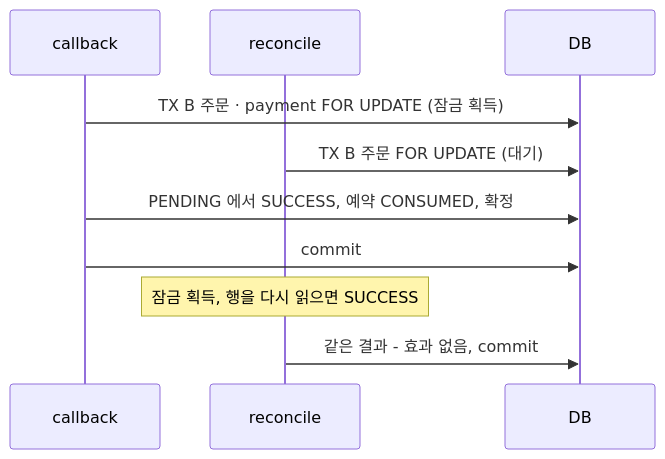
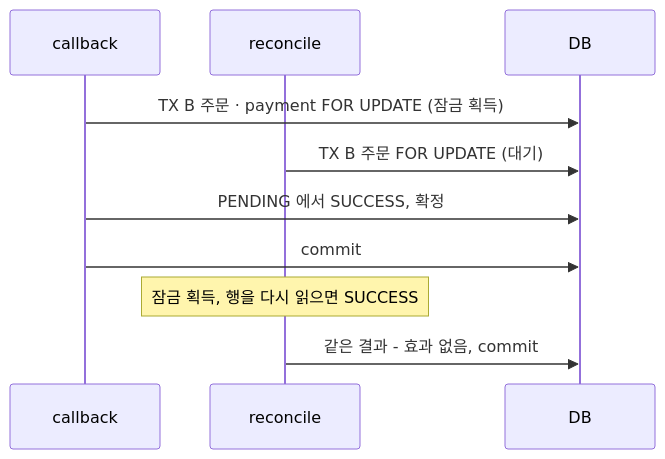
Before and after one commit to loopers-labs/loop-pack-be-l2-vol5-java: the sixth of 8 diagrams in docs/week5/design.md, drawn with Mermaid. The commit also changed other lines of this file and 1 other file, not shown here.

````diff
--- a/docs/week5/design.md
+++ b/docs/week5/design.md
@@ -339,12 +353,12 @@
 ```mermaid
 sequenceDiagram
     participant CB as callback
     participant RC as reconcile
     participant DB
     CB->>DB: TX B 주문 · payment FOR UPDATE (잠금 획득)
     RC->>DB: TX B 주문 FOR UPDATE (대기)
-    CB->>DB: PENDING 에서 SUCCESS, 예약 CONSUMED, 확정
+    CB->>DB: PENDING 에서 SUCCESS, 확정
     CB->>DB: commit
     Note over RC: 잠금 획득, 행을 다시 읽으면 SUCCESS
     RC->>DB: 같은 결과 - 효과 없음, commit
 ```
````
